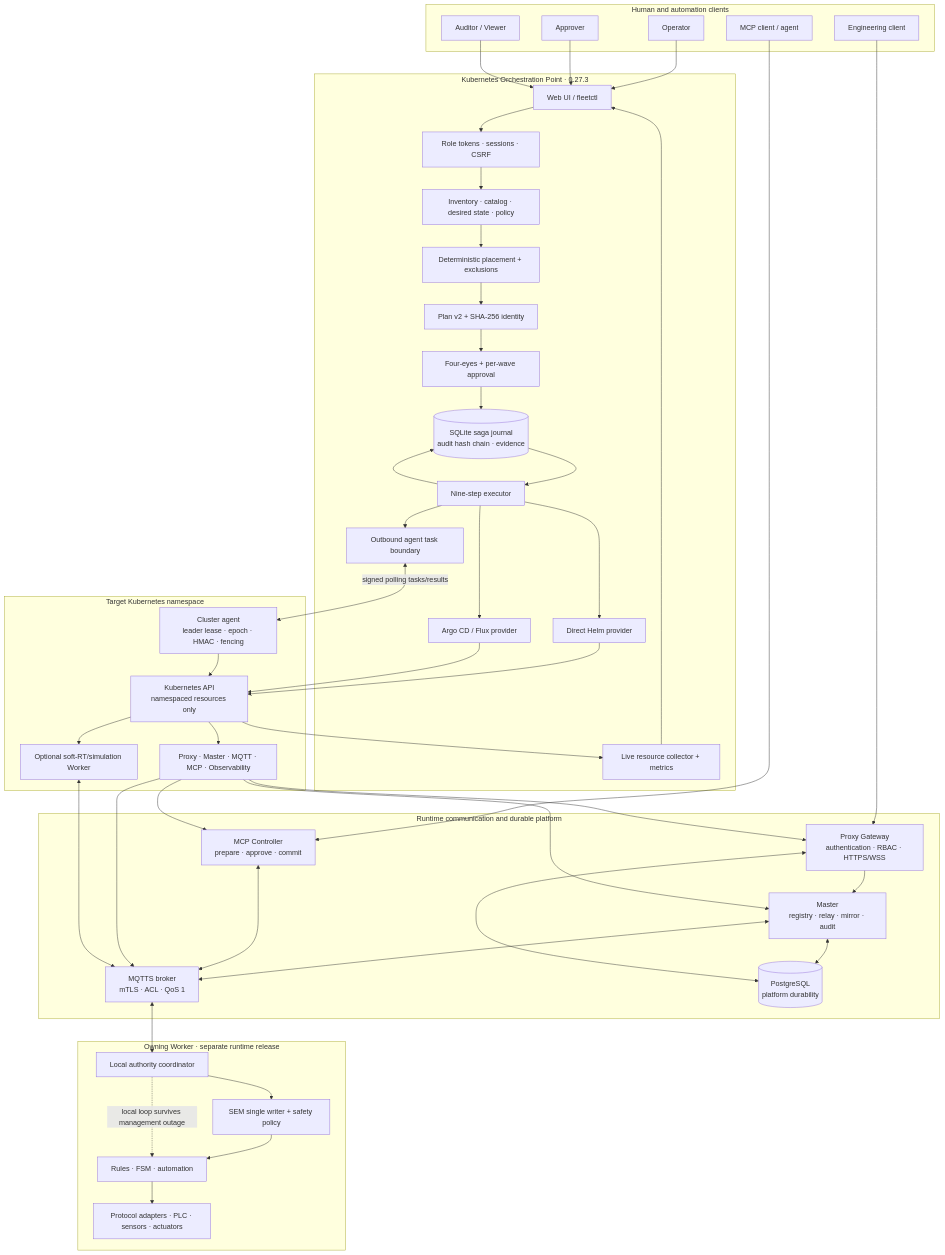
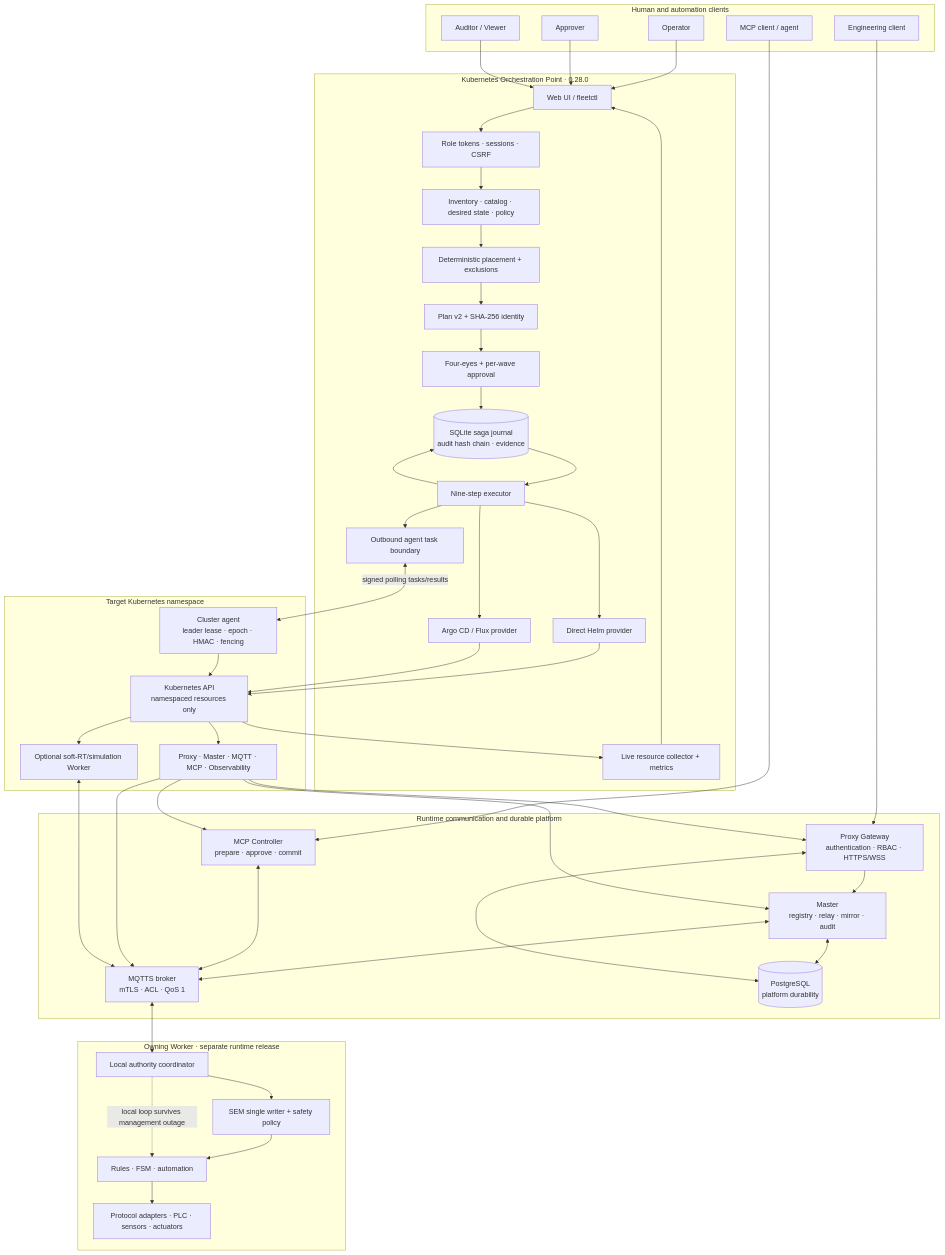
The diagram in docs/diagrams/control-plane-components.mmd (Centaurus-X/Automation_Control_Plane), drawn with Mermaid before and after one commit. The commit also changed 58 other files, not shown here.

```diff
--- a/docs/diagrams/control-plane-components.mmd
+++ b/docs/diagrams/control-plane-components.mmd
@@ -1,74 +1,74 @@
 flowchart TB
     subgraph People["Human and automation clients"]
         Operator["Operator"]
         Approver["Approver"]
         Auditor["Auditor / Viewer"]
         Engineering["Engineering client"]
         AI["MCP client / agent"]
     end
-    subgraph Fleet["Kubernetes Orchestration Point · 0.27.3"]
+    subgraph Fleet["Kubernetes Orchestration Point · 0.28.0"]
         UI["Web UI / fleetctl"]
         Auth["Role tokens · sessions · CSRF"]
         Inventory["Inventory · catalog · desired state · policy"]
         Placement["Deterministic placement + exclusions"]
         Planner["Plan v2 + SHA-256 identity"]
         Approval["Four-eyes + per-wave approval"]
         Journal[("SQLite saga journal<br/>audit hash chain · evidence")]
         Executor["Nine-step executor"]
         Helm["Direct Helm provider"]
         GitOps["Argo CD / Flux provider"]
         AgentAPI["Outbound agent task boundary"]
         Collector["Live resource collector + metrics"]
         UI --> Auth --> Inventory
         Inventory --> Placement --> Planner --> Approval
         Approval --> Journal --> Executor
         Executor --> Helm
         Executor --> GitOps
         Executor --> AgentAPI
         Collector --> UI
         Executor --> Journal
     end
     subgraph Target["Target Kubernetes namespace"]
         Agent["Cluster agent<br/>leader lease · epoch · HMAC · fencing"]
         K8s["Kubernetes API<br/>namespaced resources only"]
         ControlWorkloads["Proxy · Master · MQTT · MCP · Observability"]
         SoftWorker["Optional soft-RT/simulation Worker"]
         Agent --> K8s
         K8s --> ControlWorkloads
         K8s --> SoftWorker
     end
     subgraph Platform["Runtime communication and durable platform"]
         Proxy["Proxy Gateway<br/>authentication · RBAC · HTTPS/WSS"]
         Master["Master<br/>registry · relay · mirror · audit"]
         Broker["MQTTS broker<br/>mTLS · ACL · QoS 1"]
         Database[("PostgreSQL<br/>platform durability")]
         MCP["MCP Controller<br/>prepare · approve · commit"]
         Proxy --> Master
         Master <--> Broker
         Master <--> Database
         Proxy <--> Database
         MCP <--> Broker
     end
     subgraph WorkerBoundary["Owning Worker · separate runtime release"]
         Worker["Local authority coordinator"]
         SEM["SEM single writer + safety policy"]
         Runtime["Rules · FSM · automation"]
         Field["Protocol adapters · PLC · sensors · actuators"]
         Worker --> SEM --> Runtime --> Field
     end
     Operator --> UI
     Approver --> UI
     Auditor --> UI
     Engineering --> Proxy
     AI --> MCP
     Helm --> K8s
     GitOps --> K8s
     AgentAPI <-->|"signed polling tasks/results"| Agent
     K8s --> Collector
     ControlWorkloads --> Proxy
     ControlWorkloads --> Master
     ControlWorkloads --> Broker
     ControlWorkloads --> MCP
     SoftWorker <--> Broker
     Broker <--> Worker
     Worker -.->|"local loop survives management outage"| Runtime
```
